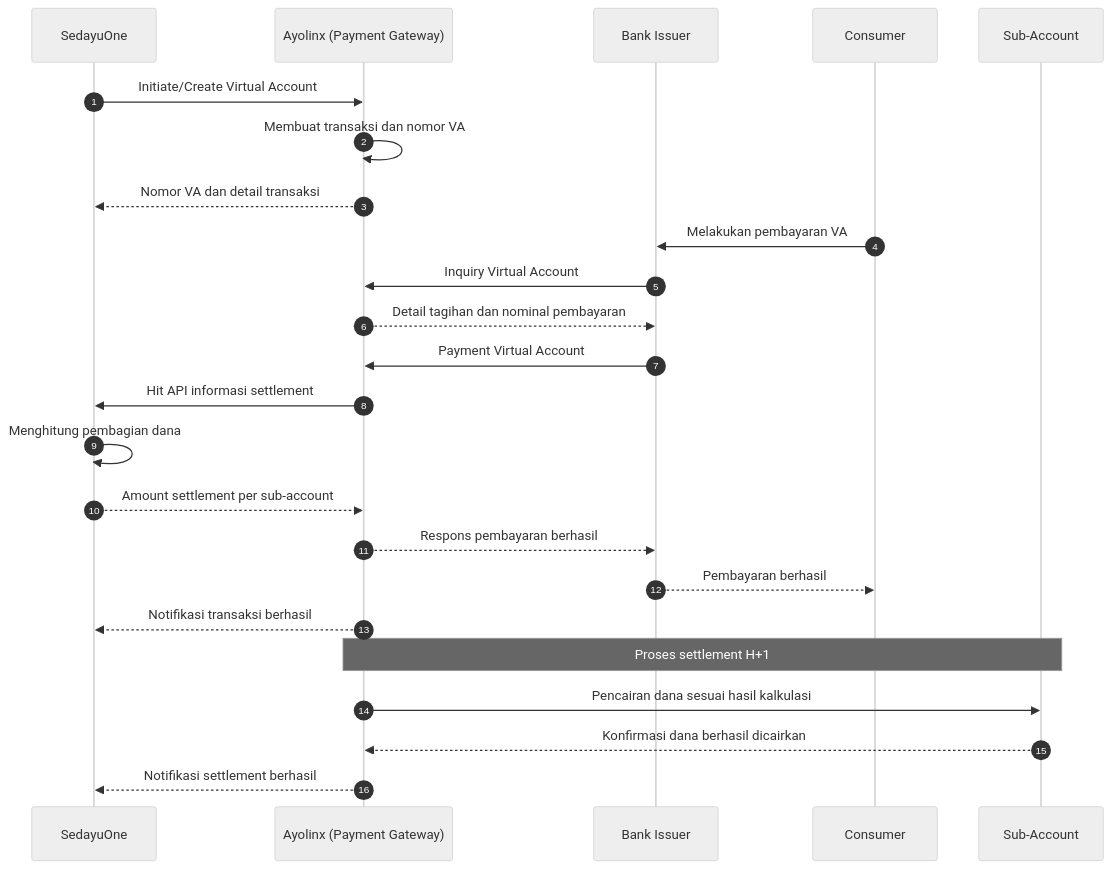
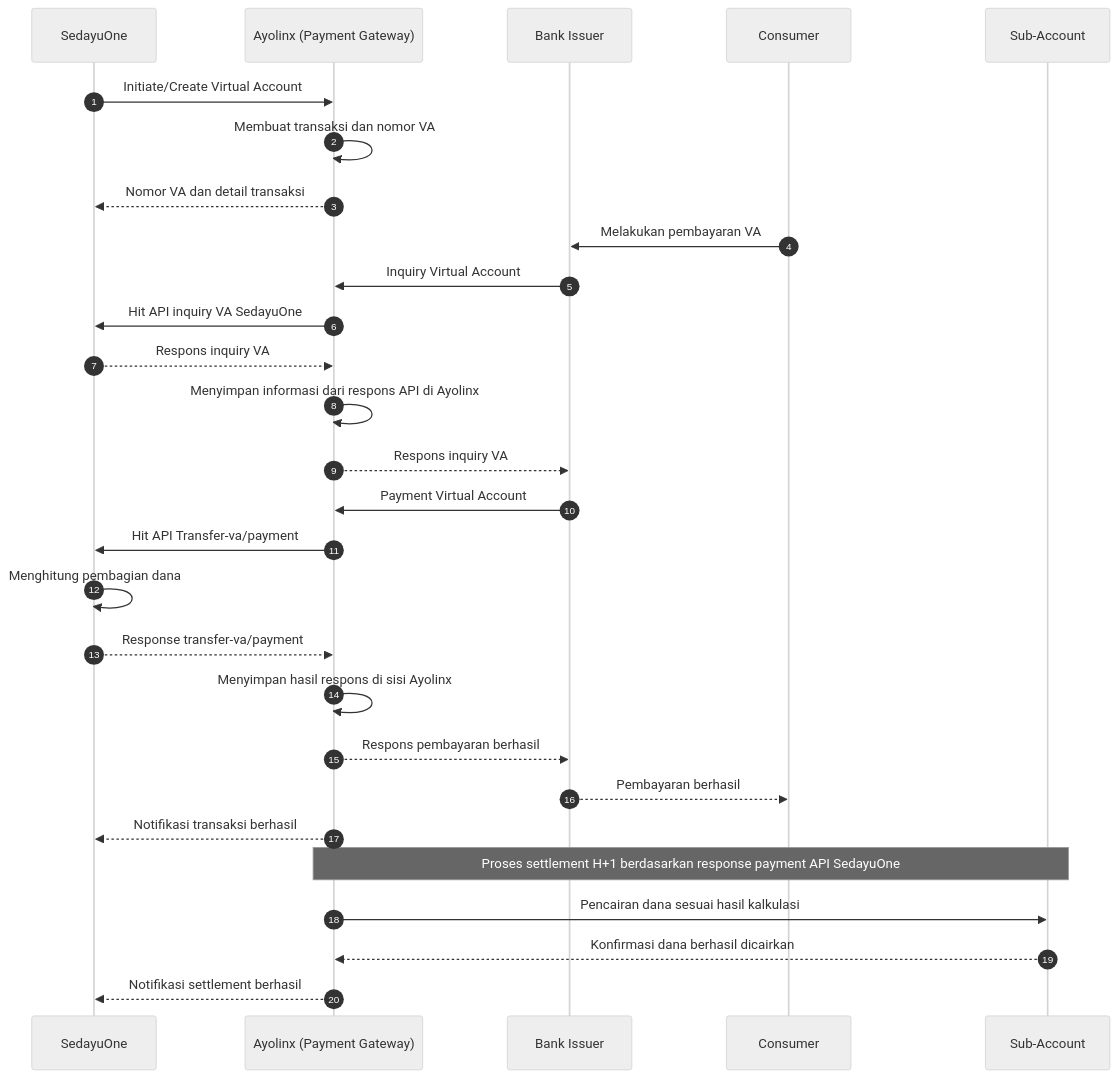
The diagram in sequence-diagram-va-sedayuone-ayolinx.md (pbutarbutar/flowipl), drawn with Mermaid (neutral theme) before and after one commit. The commit also changed other lines of this file and 1 other file, not shown here.

Commit message:
update flow

````diff
--- a/sequence-diagram-va-sedayuone-ayolinx.md
+++ b/sequence-diagram-va-sedayuone-ayolinx.md
@@ -13,32 +13,36 @@
 ```mermaid
 sequenceDiagram
     autonumber
     participant SO as SedayuOne
     participant PG as Ayolinx (Payment Gateway)
     participant BI as Bank Issuer
     participant C as Consumer
     participant SA as Sub-Account
 
     SO->>PG: Initiate/Create Virtual Account
     PG->>PG: Membuat transaksi dan nomor VA
     PG-->>SO: Nomor VA dan detail transaksi
 
     C->>BI: Melakukan pembayaran VA
     BI->>PG: Inquiry Virtual Account
-    PG-->>BI: Detail tagihan dan nominal pembayaran
+    PG->>SO: Hit API inquiry VA SedayuOne
+    SO-->>PG: Respons inquiry VA
+    PG->>PG: Menyimpan informasi dari respons API di Ayolinx
+    PG-->>BI: Respons inquiry VA
 
     BI->>PG: Payment Virtual Account
-    PG->>SO: Hit API informasi settlement
+    PG->>SO: Hit API Transfer-va/payment
     SO->>SO: Menghitung pembagian dana
-    SO-->>PG: Amount settlement per sub-account
+    SO-->>PG: Response transfer-va/payment
+    PG->>PG: Menyimpan hasil respons di sisi Ayolinx
 
     PG-->>BI: Respons pembayaran berhasil
     BI-->>C: Pembayaran berhasil
     PG-->>SO: Notifikasi transaksi berhasil
 
-    Note over PG,SA: Proses settlement H+1
+    Note over PG,SA: Proses settlement H+1 berdasarkan response payment API SedayuOne
 
     PG->>SA: Pencairan dana sesuai hasil kalkulasi
     SA-->>PG: Konfirmasi dana berhasil dicairkan
     PG-->>SO: Notifikasi settlement berhasil
 ```
````
